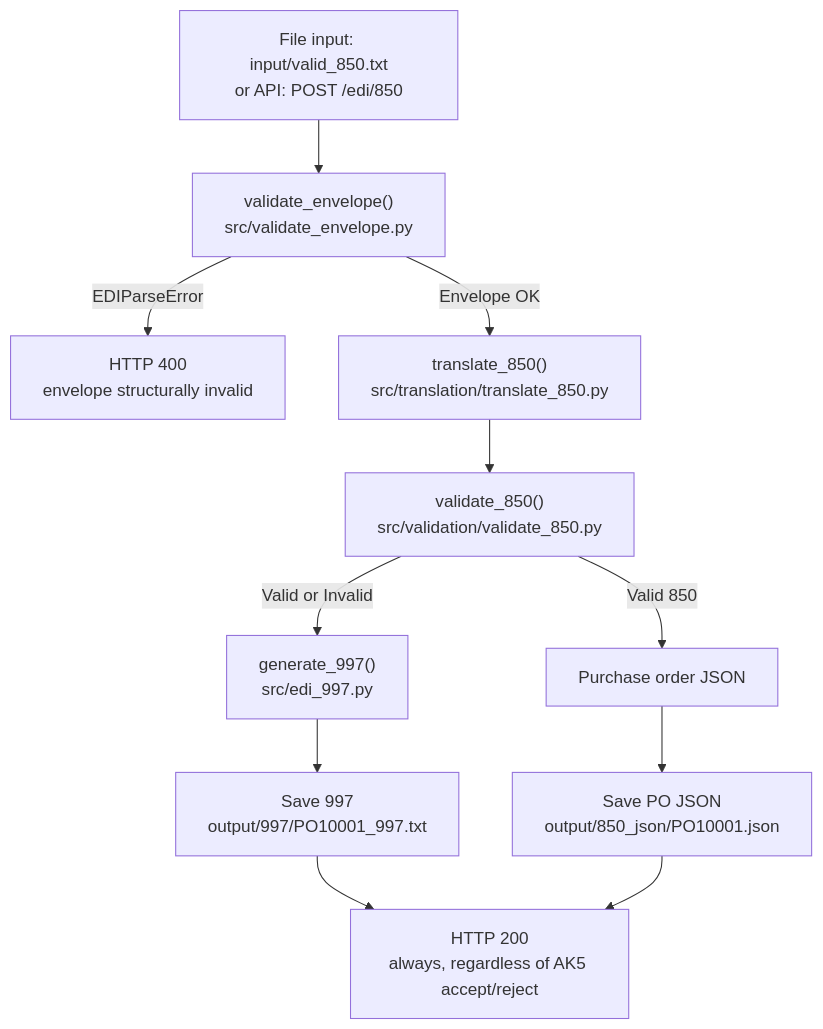
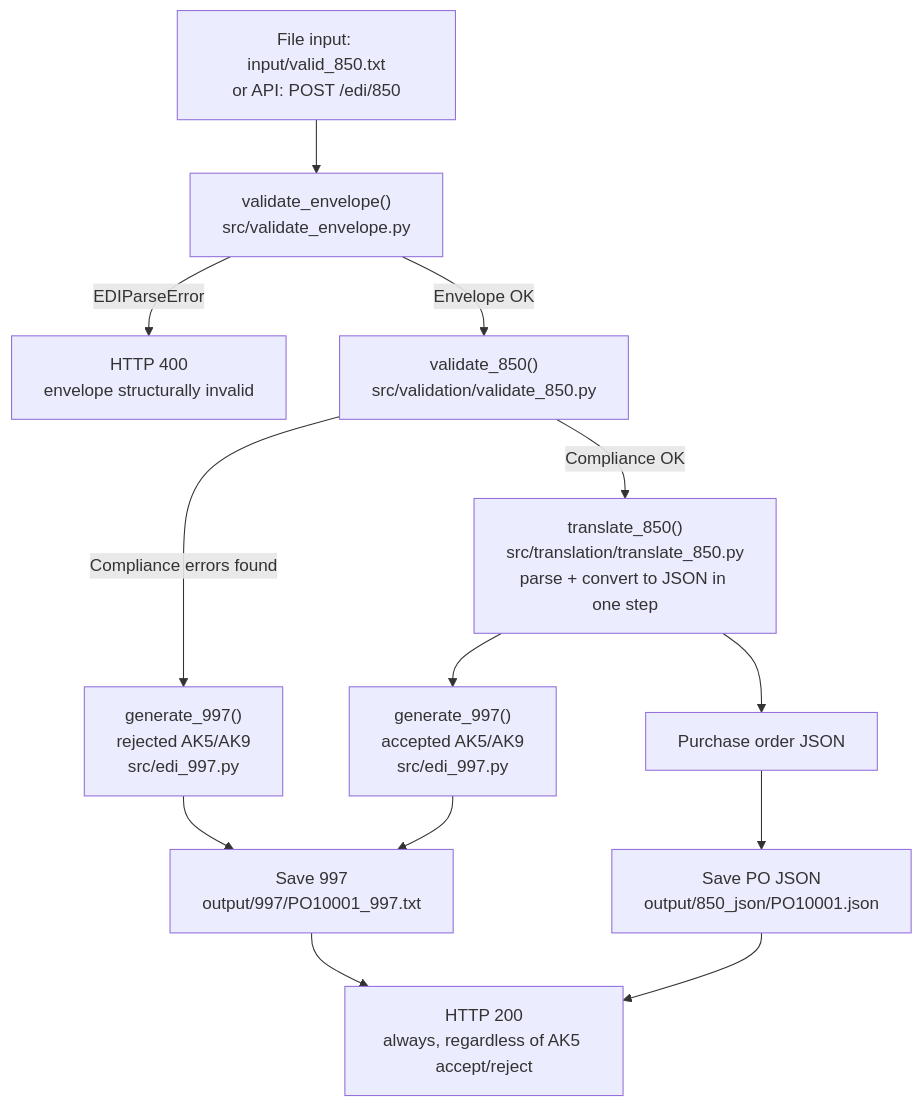
Before and after one commit to alowinarp/edi-integration-pipeline: the first of 2 diagrams in README.md, drawn with Mermaid. The commit also changed other lines of this file, not shown here.

Commit message:
docs: expand details of validate_850 in README

````diff
--- a/README.md
+++ b/README.md
@@ -48,13 +59,15 @@
 ```mermaid
 flowchart TD
     A1["File input: input/valid_850.txt<br/>or API: POST /edi/850"] --> A2["validate_envelope()<br/>src/validate_envelope.py"]
     A2 -->|EDIParseError| A2E["HTTP 400<br/>envelope structurally invalid"]
-    A2 -->|Envelope OK| A3["translate_850()<br/>src/translation/translate_850.py"]
-    A3 --> A4["validate_850()<br/>src/validation/validate_850.py"]
-    A4 -->|Valid or Invalid| A5["generate_997()<br/>src/edi_997.py"]
-    A4 -->|Valid 850| A6["Purchase order JSON"]
+    A2 -->|Envelope OK| A3["validate_850()<br/>src/validation/validate_850.py"]
+    A3 -->|Compliance errors found| A5["generate_997()<br/>rejected AK5/AK9<br/>src/edi_997.py"]
+    A3 -->|Compliance OK| A4["translate_850()<br/>src/translation/translate_850.py<br/>parse + convert to JSON in one step"]
+    A4 --> A5b["generate_997()<br/>accepted AK5/AK9<br/>src/edi_997.py"]
+    A4 --> A6["Purchase order JSON"]
     A5 --> A7["Save 997<br/>output/997/PO10001_997.txt"]
+    A5b --> A7
     A6 --> A8["Save PO JSON<br/>output/850_json/PO10001.json"]
     A7 --> A9["HTTP 200<br/>always, regardless of AK5 accept/reject"]
     A8 --> A9
 ```
````
